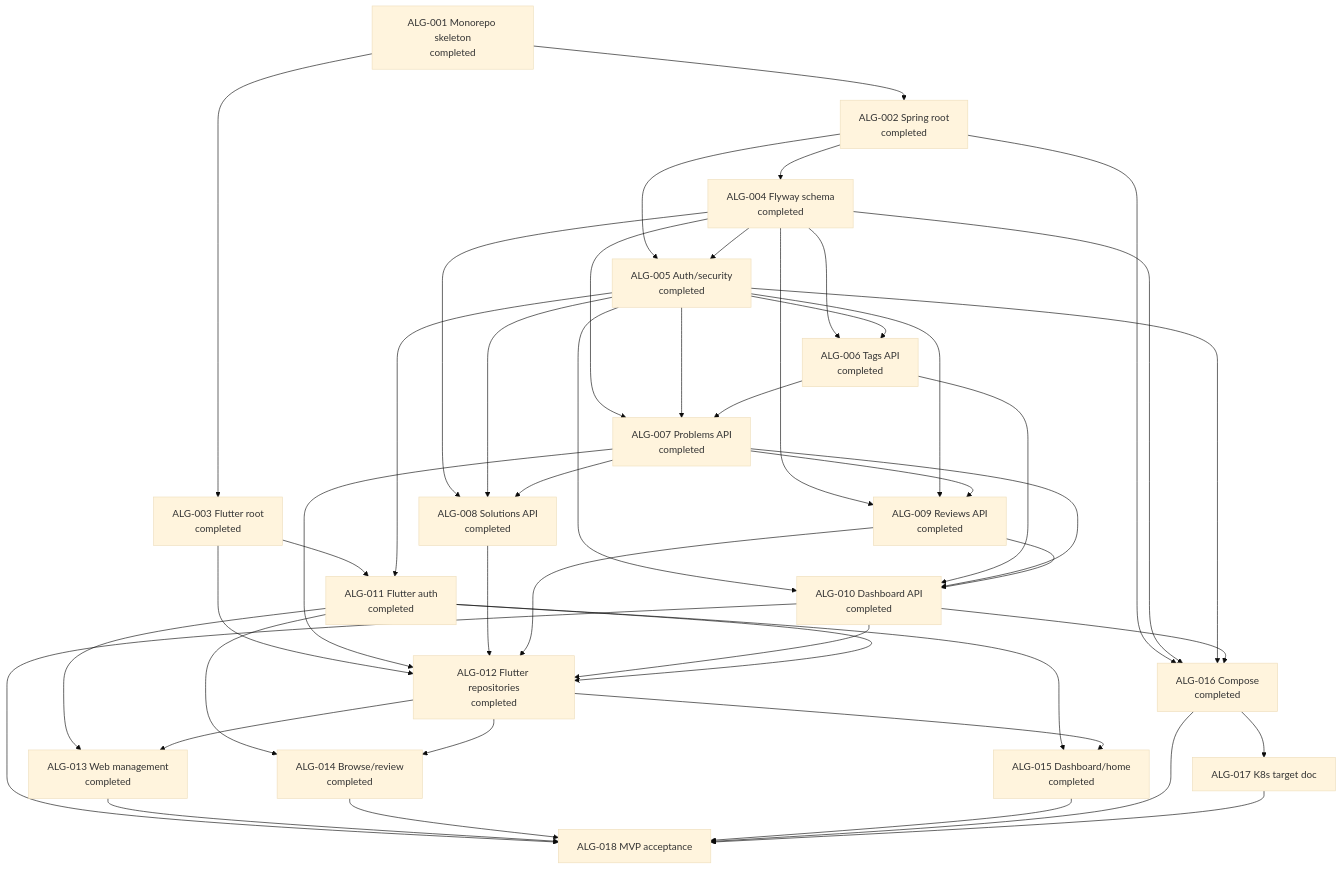
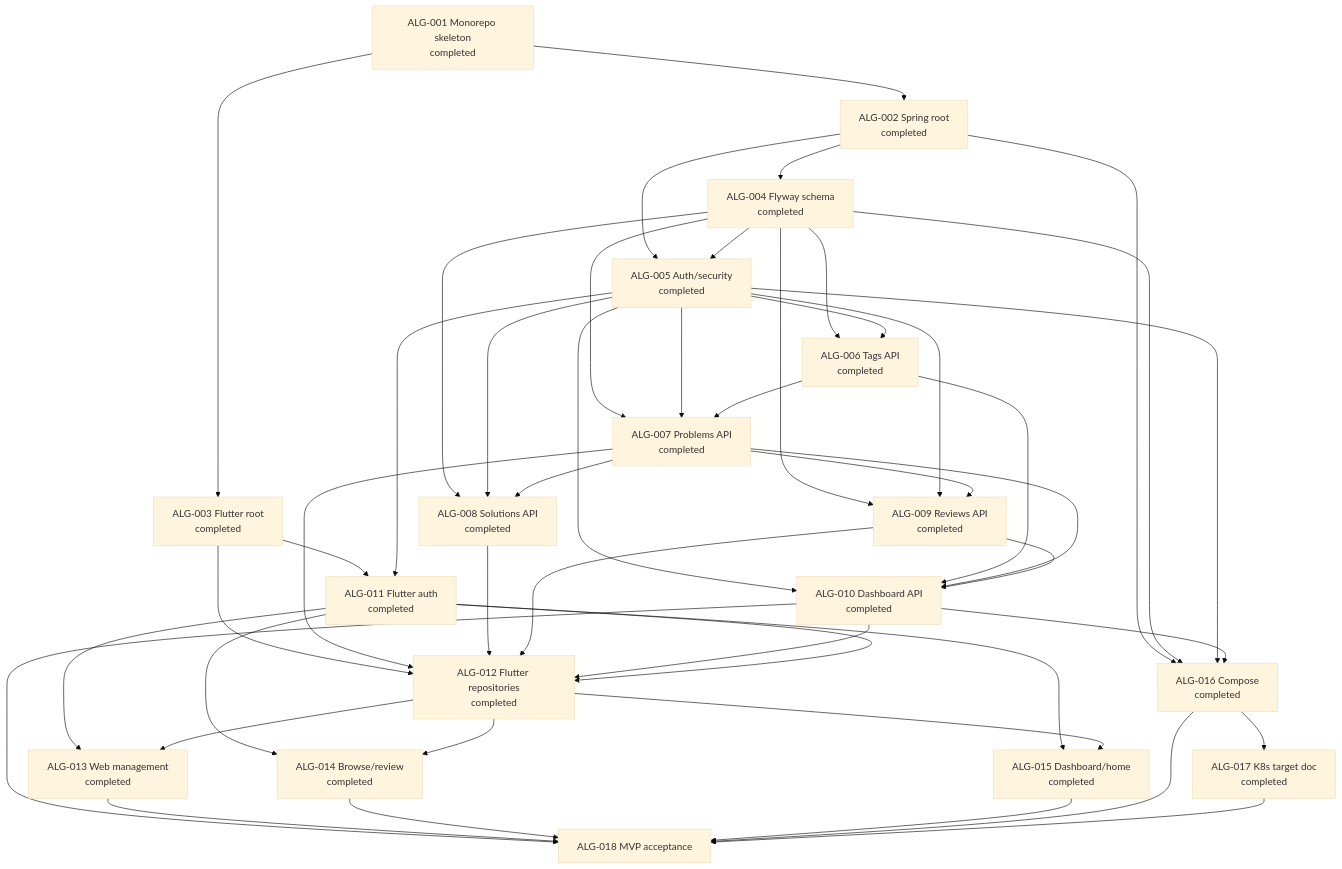
Before and after one commit to allenljf/algorithm-learning: the diagram in agent-workflow/WORK_GRAPH.md, drawn with Mermaid (base theme). The commit also changed 5 other files, not shown here.

````diff
--- a/agent-workflow/WORK_GRAPH.md
+++ b/agent-workflow/WORK_GRAPH.md
@@ -3,67 +3,67 @@
 ```mermaid
 flowchart TD
   T1[ALG-001 Monorepo skeleton\ncompleted]
   T2[ALG-002 Spring root\ncompleted]
   T3[ALG-003 Flutter root\ncompleted]
   T4[ALG-004 Flyway schema\ncompleted]
   T5[ALG-005 Auth/security\ncompleted]
   T6[ALG-006 Tags API\ncompleted]
   T7[ALG-007 Problems API\ncompleted]
   T8[ALG-008 Solutions API\ncompleted]
   T9[ALG-009 Reviews API\ncompleted]
   T10[ALG-010 Dashboard API\ncompleted]
   T11[ALG-011 Flutter auth\ncompleted]
   T12[ALG-012 Flutter repositories\ncompleted]
   T13[ALG-013 Web management\ncompleted]
   T14[ALG-014 Browse/review\ncompleted]
   T15[ALG-015 Dashboard/home\ncompleted]
   T16[ALG-016 Compose\ncompleted]
-  T17[ALG-017 K8s target doc]
+  T17[ALG-017 K8s target doc\ncompleted]
   T18[ALG-018 MVP acceptance]
 
   T1 --> T2
   T1 --> T3
   T2 --> T4
   T2 --> T5
   T4 --> T5
   T4 --> T6
   T5 --> T6
   T4 --> T7
   T5 --> T7
   T6 --> T7
   T4 --> T8
   T5 --> T8
   T7 --> T8
   T4 --> T9
   T5 --> T9
   T7 --> T9
   T5 --> T10
   T6 --> T10
   T7 --> T10
   T9 --> T10
   T3 --> T11
   T5 --> T11
   T3 --> T12
   T7 --> T12
   T8 --> T12
   T9 --> T12
   T10 --> T12
   T11 --> T12
   T11 --> T13
   T12 --> T13
   T11 --> T14
   T12 --> T14
   T11 --> T15
   T12 --> T15
   T2 --> T16
   T4 --> T16
   T5 --> T16
   T10 --> T16
   T16 --> T17
   T10 --> T18
   T13 --> T18
   T14 --> T18
   T15 --> T18
   T16 --> T18
   T17 --> T18
 ```
````
